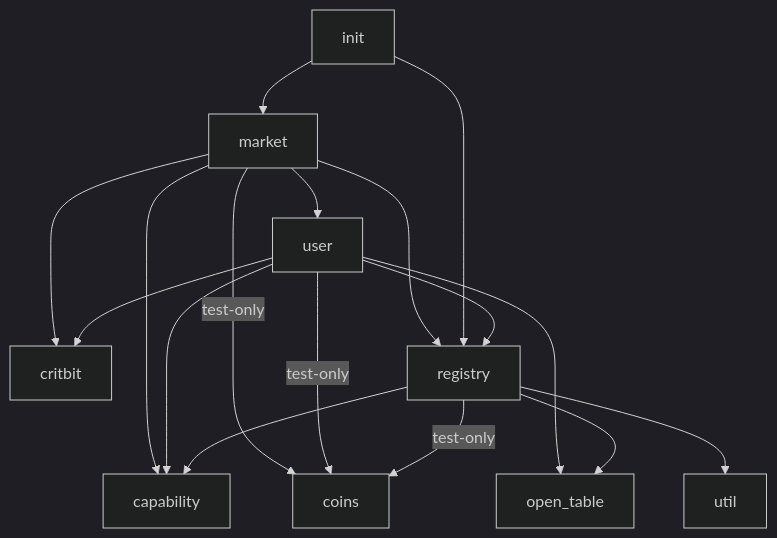
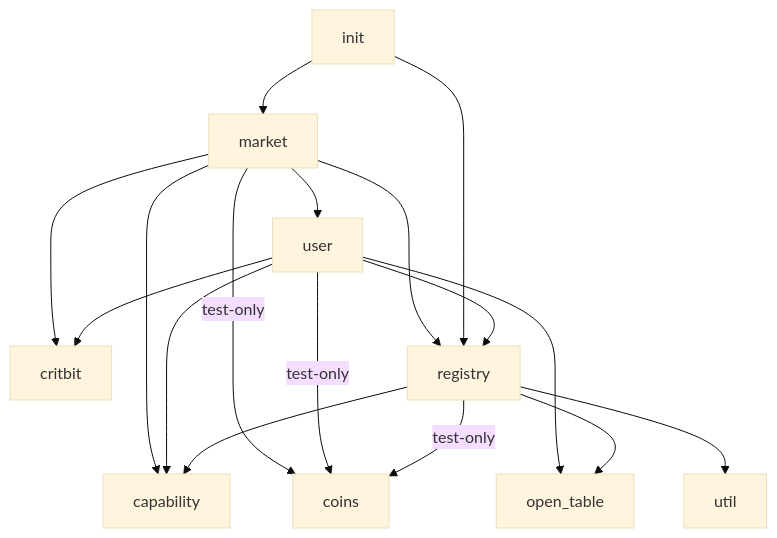
One commit to econia-labs/econia changed the diagram in doc/doc-site/modules.md. Above: the diagram before and after it, drawn with Mermaid.

Commit message:
Update to base color theme for online view

````diff
--- a/doc/doc-site/modules.md
+++ b/doc/doc-site/modules.md
@@ -17,24 +17,24 @@
 ```mermaid
 
-%%{init: {'theme':'dark'}}%%
+%%{init: {'theme':'base'}}%%
 
 flowchart TD
 
     market --> critbit
     market --> registry
     market --> capability
     market --> |test-only| coins
     market --> user
     init --> registry
     init --> market
     user --> capability
     user --> critbit
     user --> open_table
     user --> registry
     user --> |test-only| coins
     registry --> capability
     registry --> |test-only| coins
     registry --> open_table
     registry --> util
 
 ```
````
